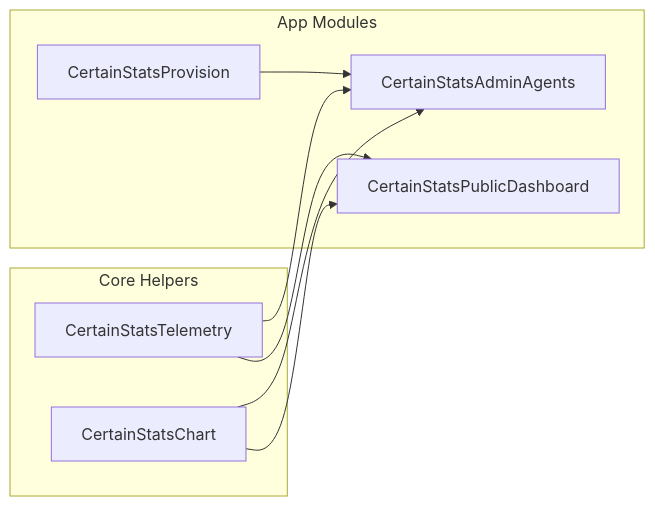
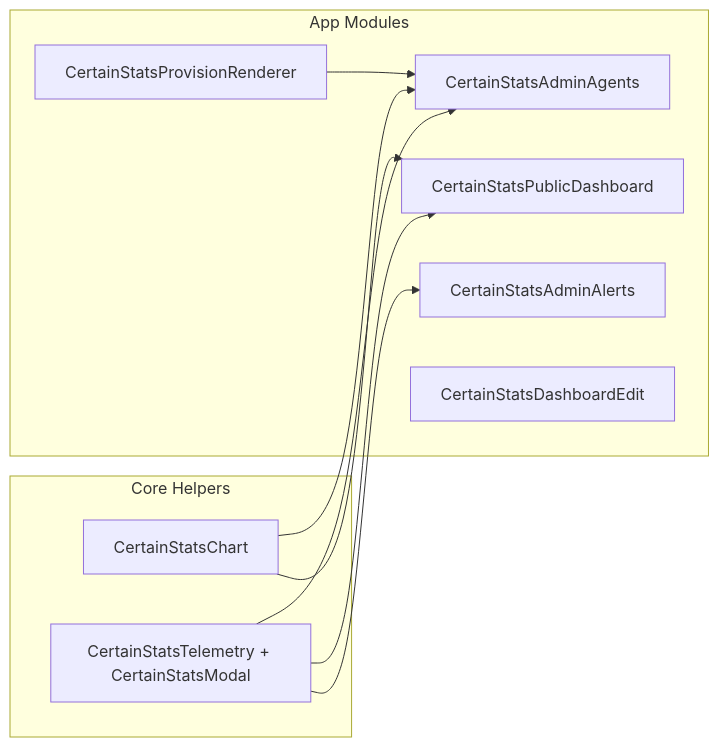
Before and after one commit to minoplhy/certainstats: the diagram in docs/design_frontend.md, drawn with Mermaid. The commit also changed other lines of this file and 63 other files, not shown here.

````diff
--- a/docs/design_frontend.md
+++ b/docs/design_frontend.md
@@ -251,18 +166,21 @@
 ```mermaid
 flowchart LR
     subgraph Core Helpers
-        Telemetry[CertainStatsTelemetry]
+        Telemetry[CertainStatsTelemetry + CertainStatsModal]
         ChartEngine[CertainStatsChart]
     end
     subgraph App Modules
         Admin[CertainStatsAdminAgents]
         Public[CertainStatsPublicDashboard]
-        Provision[CertainStatsProvision]
+        Provision[CertainStatsProvisionRenderer]
+        Alerts[CertainStatsAdminAlerts]
+        DashEdit[CertainStatsDashboardEdit]
     end
 
     Telemetry --> Admin
     Telemetry --> Public
+    Telemetry --> Alerts
     ChartEngine --> Admin
     ChartEngine --> Public
     Provision --> Admin
 ```
````
